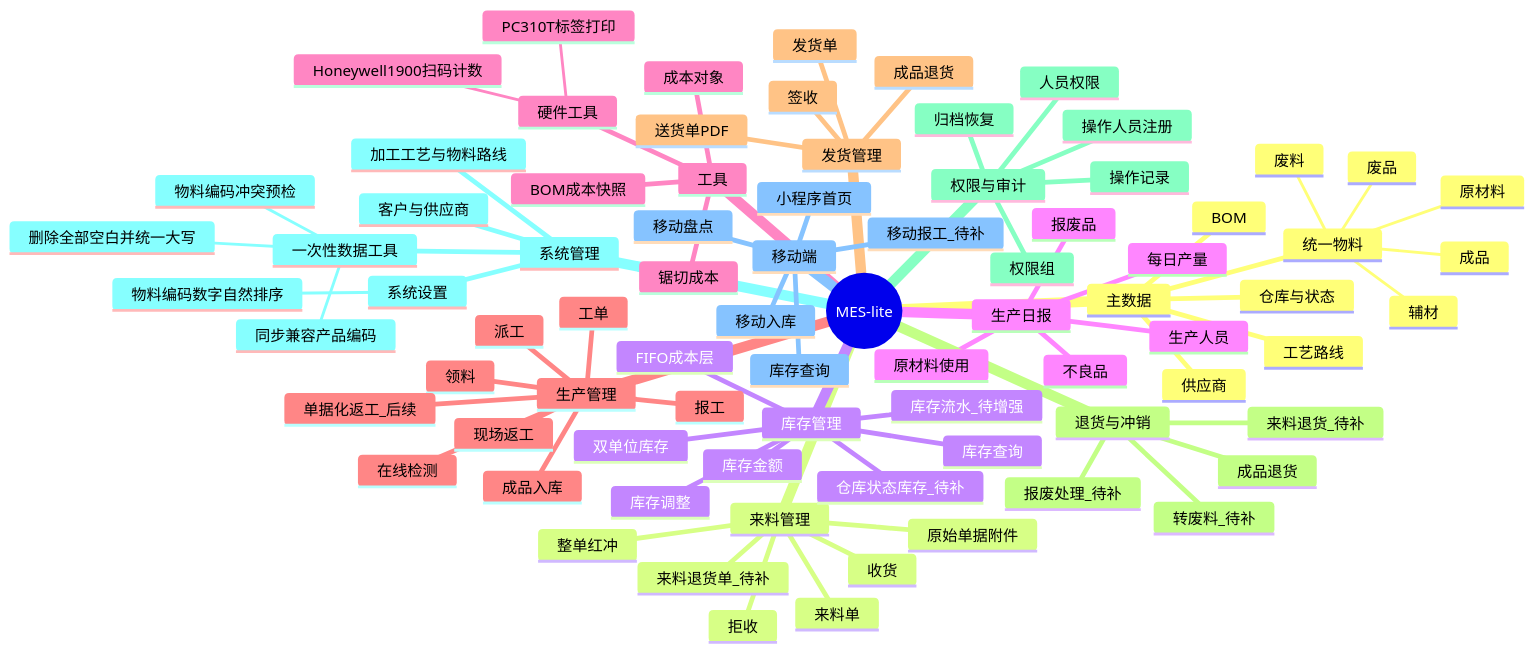
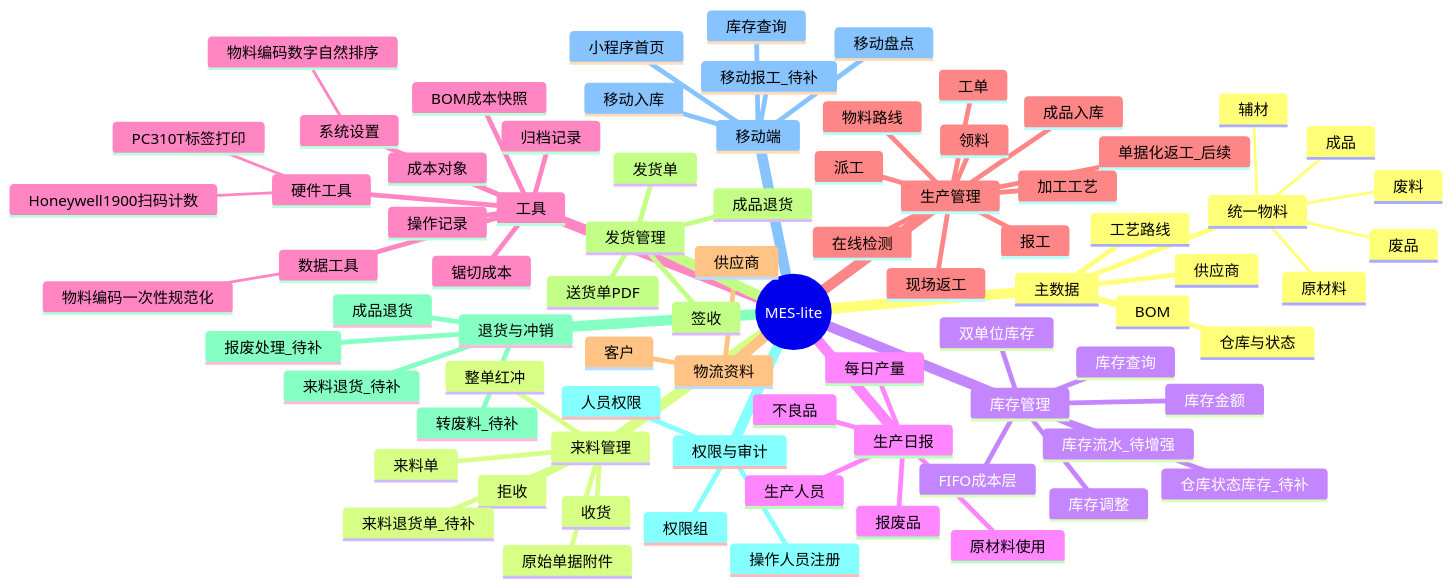
Before and after one commit to goldf2/mes-lite: the first of 15 diagrams in docs/minierp/system-function-flow.md, drawn with Mermaid. The commit also changed other lines of this file and 12 other files, not shown here.

```diff
--- a/docs/minierp/system-function-flow.md
+++ b/docs/minierp/system-function-flow.md
@@ -57,6 +57,12 @@
       硬件工具
         Honeywell1900扫码计数
         PC310T标签打印
+      归档记录
+      操作记录
+      数据工具
+        物料编码一次性规范化
+      系统设置
+        物料编码数字自然排序
     生产管理
       工单
       领料
@@ -65,7 +71,12 @@
       在线检测
       现场返工
       成品入库
+      加工工艺
+      物料路线
       单据化返工_后续
+    物流资料
+      客户
+      供应商
     发货管理
       发货单
       送货单PDF
@@ -80,17 +91,6 @@
       操作人员注册
       人员权限
       权限组
-      操作记录
-      归档恢复
-    系统管理
-      客户与供应商
-      加工工艺与物料路线
-      系统设置
-        物料编码数字自然排序
-      一次性数据工具
-        物料编码冲突预检
-        删除全部空白并统一大写
-        同步兼容产品编码
     移动端
       小程序首页
       库存查询
```
